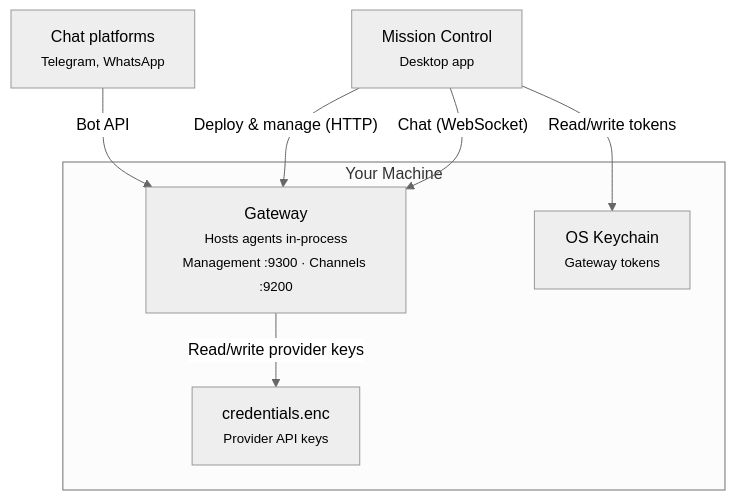
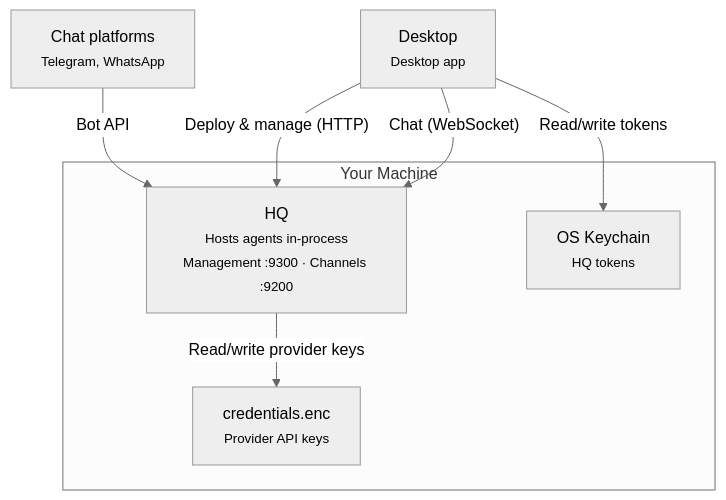
The diagram in docs/architecture.mdx (volumegambit/Dash), drawn with Mermaid (neutral theme) before and after one commit. The commit also changed other lines of this file and 165 other files, not shown here.

Commit message:
Rename Gateway to HQ and Mission Control to Desktop

````diff
--- a/docs/architecture.mdx
+++ b/docs/architecture.mdx
@@ -10,18 +10,18 @@
 ```mermaid
 graph TB
   platforms["Chat platforms<br/><small>Telegram, WhatsApp</small>"]
 
   subgraph infra ["Your Machine"]
-    gateway["Gateway<br/><small>Hosts agents in-process<br/>Management :9300 · Channels :9200</small>"]
-    keychain["OS Keychain<br/><small>Gateway tokens</small>"]
+    gateway["HQ<br/><small>Hosts agents in-process<br/>Management :9300 · Channels :9200</small>"]
+    keychain["OS Keychain<br/><small>HQ tokens</small>"]
     enc["credentials.enc<br/><small>Provider API keys</small>"]
   end
 
-  mc["Mission Control<br/><small>Desktop app</small>"]
+  mc["Desktop<br/><small>Desktop app</small>"]
 
   platforms -- "Bot API" --> gateway
   mc -- "Deploy & manage (HTTP)" --> gateway
   mc -- "Chat (WebSocket)" --> gateway
   mc -- "Read/write tokens" --> keychain
   gateway -- "Read/write provider keys" --> enc
 ```
````
